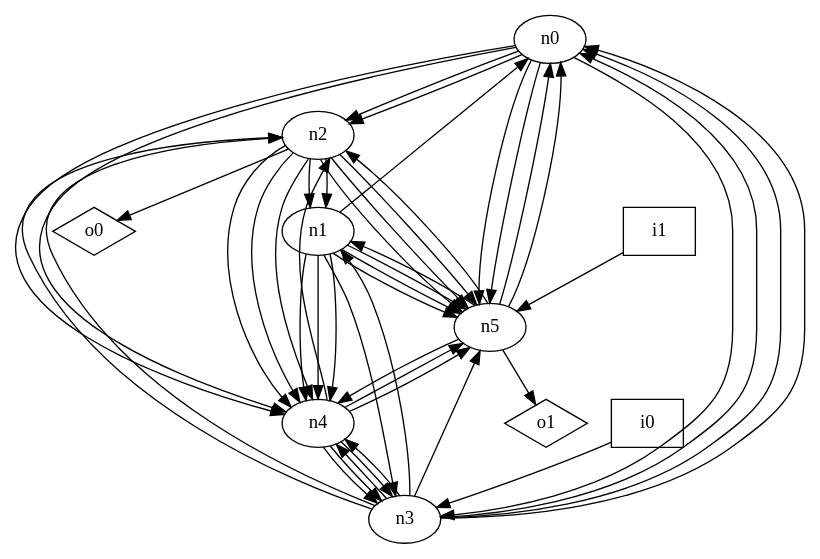
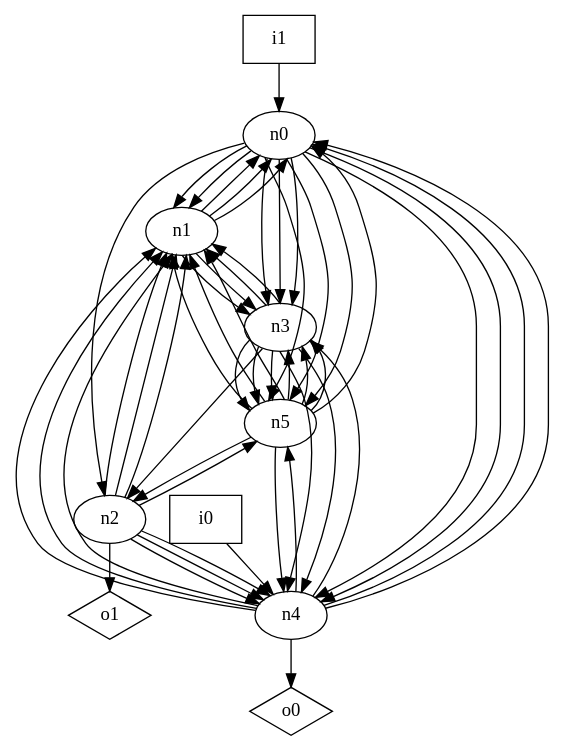
Before and after one commit to p9romain/bool-circuits: the diagram in dot_files/random/random_loop_free_graph.dot, drawn with Graphviz. The commit also changed 29 other files, not shown here.

```diff
--- a/dot_files/random/random_loop_free_graph.dot
+++ b/dot_files/random/random_loop_free_graph.dot
@@ -1,59 +1,63 @@
 digraph G {
 n0 [label="n0"];
 n1 [label="n1"];
 n2 [label="n2"];
 n3 [label="n3"];
 n4 [label="n4"];
 n5 [label="n5"];
 n6 [label="i0",shape="box"];
 n7 [label="i1",shape="box"];
 n8 [label="o0",shape="diamond"];
 n9 [label="o1",shape="diamond"];
+n0 -> n1
+n0 -> n1
 n0 -> n2
-n0 -> n2
+n0 -> n3
+n0 -> n3
 n0 -> n3
 n0 -> n4
 n0 -> n4
 n0 -> n5
 n0 -> n5
+n0 -> n5
+n1 -> n0
+n1 -> n0
 n1 -> n0
 n1 -> n3
-n1 -> n4
-n1 -> n4
-n1 -> n4
-n1 -> n5
-n1 -> n5
-n1 -> n5
+n1 -> n3
+n2 -> n1
 n2 -> n1
 n2 -> n1
 n2 -> n4
 n2 -> n4
 n2 -> n4
 n2 -> n5
-n2 -> n5
-n2 -> n5
-n2 -> n8
-n3 -> n0
-n3 -> n0
-n3 -> n0
+n2 -> n9
 n3 -> n1
-n3 -> n2
+n3 -> n1
 n3 -> n2
 n3 -> n4
 n3 -> n4
 n3 -> n5
-n4 -> n2
-n4 -> n3
-n4 -> n3
+n3 -> n5
+n3 -> n5
+n4 -> n0
+n4 -> n0
+n4 -> n1
+n4 -> n1
+n4 -> n1
 n4 -> n3
 n4 -> n5
-n4 -> n5
-n5 -> n0
+n4 -> n8
 n5 -> n0
 n5 -> n1
+n5 -> n1
+n5 -> n1
 n5 -> n2
+n5 -> n3
+n5 -> n3
+n5 -> n3
 n5 -> n4
-n5 -> n9
-n6 -> n3
-n7 -> n5
+n6 -> n4
+n7 -> n0
 }
```
